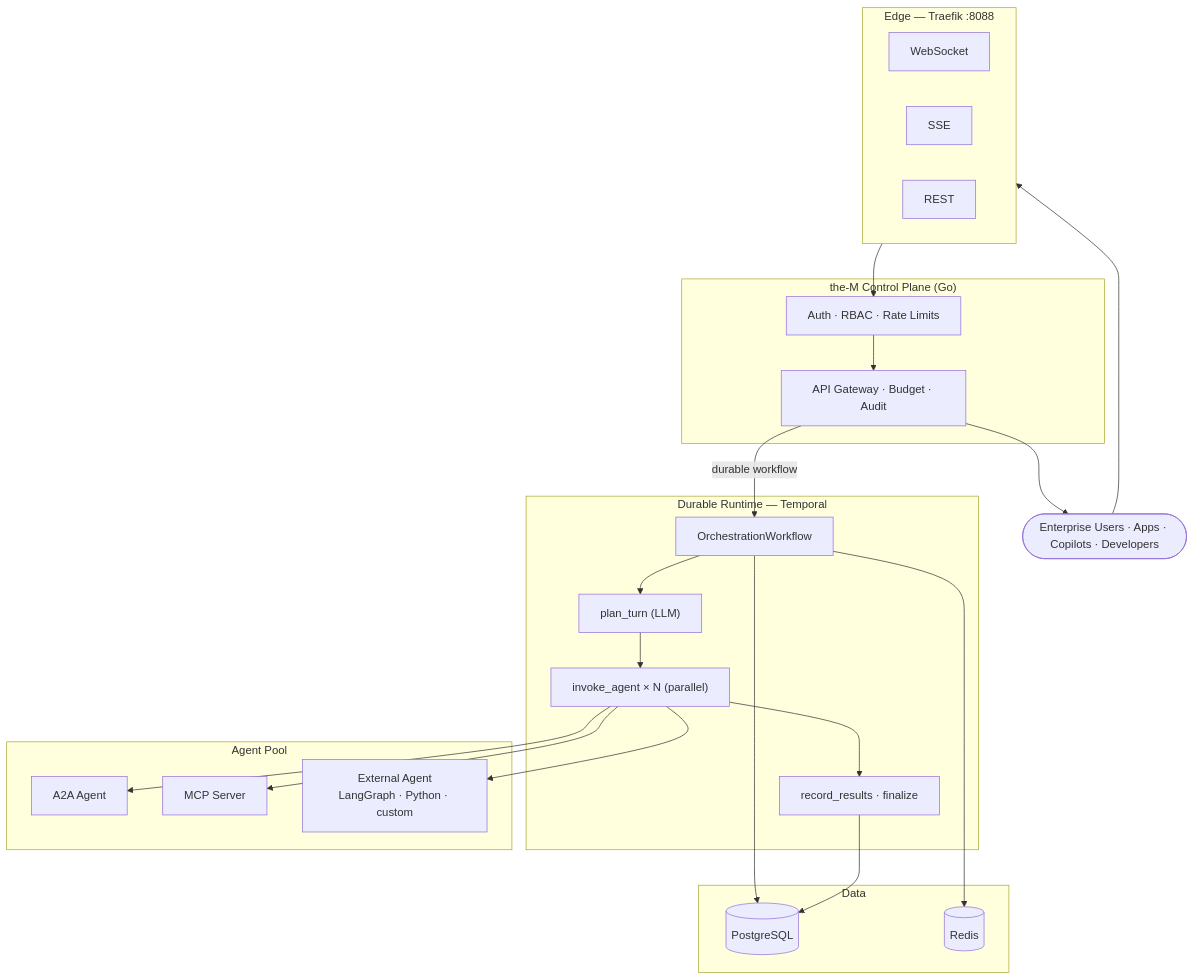
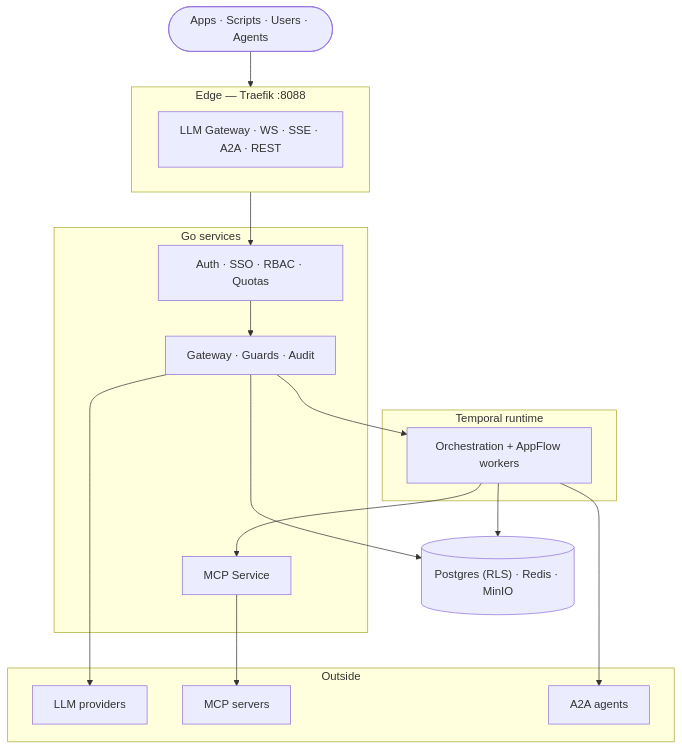
The diagram in README.md (aviciot/theM), drawn with Mermaid before and after one commit. The commit also changed other lines of this file and 4 other files, not shown here.

````diff
--- a/README.md
+++ b/README.md
@@ -260,39 +161,26 @@
 ```mermaid
 flowchart TD
-    U(["Enterprise Users · Apps · Copilots · Developers"])
-
+    U(["Apps · Scripts · Users · Agents"])
     subgraph Edge["Edge — Traefik :8088"]
-        WS["WebSocket"] & SSE["SSE"] & REST["REST"]
+        E["LLM Gateway · WS · SSE · A2A · REST"]
     end
-
-    subgraph CP["the-M Control Plane (Go)"]
-        Auth["Auth · RBAC · Rate Limits"]
-        GW["API Gateway · Budget · Audit"]
+    subgraph CP["Go services"]
+        A["Auth · SSO · RBAC · Quotas"]
+        G["Gateway · Guards · Audit"]
+        M["MCP Service"]
     end
-
-    subgraph RT["Durable Runtime — Temporal"]
-        W["OrchestrationWorkflow"]
-        A1["plan_turn (LLM)"]
-        A2["invoke_agent × N (parallel)"]
-        A3["record_results · finalize"]
+    subgraph RT["Temporal runtime"]
+        W["Orchestration + AppFlow workers"]
     end
-
-    subgraph Pool["Agent Pool"]
-        AG1["A2A Agent"]
-        AG2["MCP Server"]
-        AG3["External Agent\nLangGraph · Python · custom"]
+    subgraph X["Outside"]
+        L["LLM providers"]
+        T["MCP servers"]
+        AG["A2A agents"]
     end
-
-    subgraph Data["Data"]
-        PG[("PostgreSQL")]
-        RD[("Redis")]
-    end
-
-    U --> Edge --> Auth --> GW
-    GW -- "durable workflow" --> W
-    W --> A1 --> A2 --> AG1 & AG2 & AG3
-    A2 --> A3
-    W --> RD
-    GW --> U
-    W & A3 --> PG
+    D[("Postgres (RLS) · Redis · MinIO")]
+    U --> Edge --> A --> G --> W
+    G --> L
+    W --> M --> T
+    W --> AG
+    G & W --> D
 ```
````
